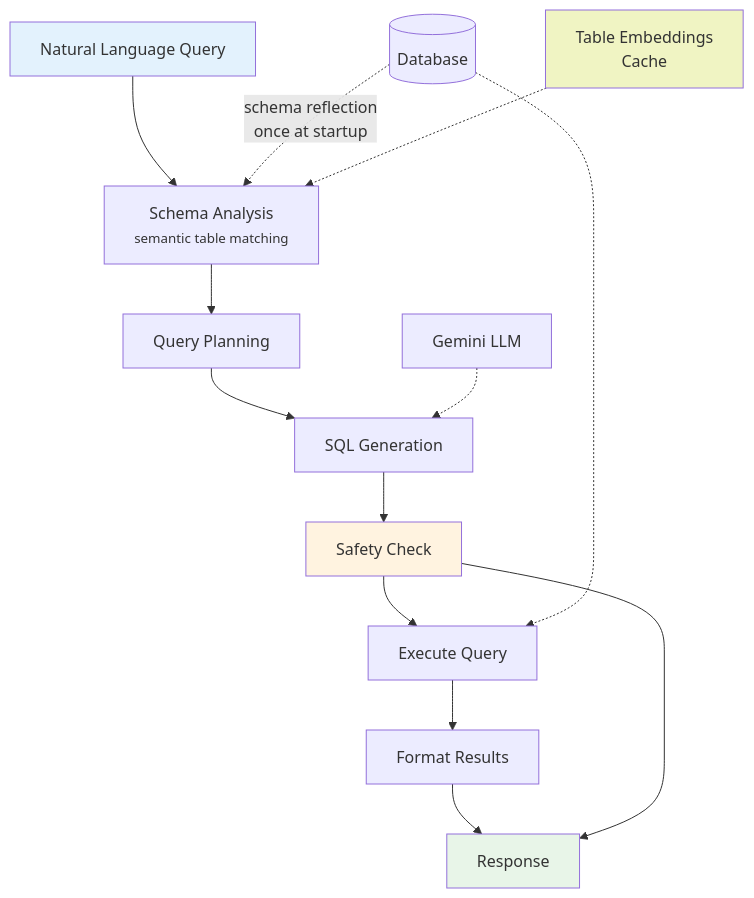
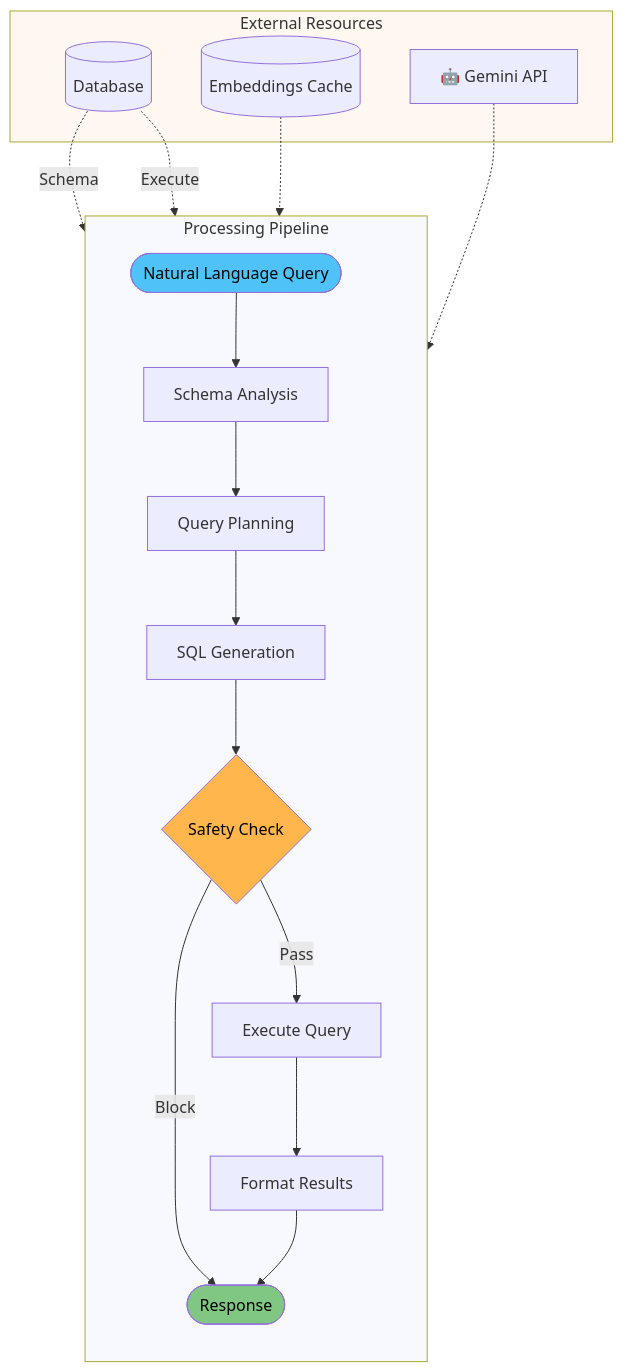
Before and after one commit to keo571/netquery: the diagram in README.md, drawn with Mermaid.

Commit message:
Dramatically improve Mermaid chart design and layout
- Add subgraphs to organize Pipeline vs External Resources clearly
- Use proper node shapes: circles for start/end, diamond for decisions, cylinders for data
- Make Safety Check a proper decision node with Pass/Block paths
- Remove cramped text and awkward crossing arrows
- Add professional color scheme with better contrast
- Clean arrow labels without overwhelming detail
- Much better visual hierarchy and readability
- Logical grouping of related components

🤖 Generated with [Claude Code](https://claude.ai/code)

````diff
--- a/README.md
+++ b/README.md
@@ -7,22 +7,31 @@
 ```mermaid
 flowchart TD
-    A[Natural Language Query] --> B[Schema Analysis<br/><small>semantic table matching</small>]
-    B --> C[Query Planning]
-    C --> D[SQL Generation]
-    D --> E[Safety Check]
-    E --> F[Execute Query]
-    F --> G[Format Results]
-    G --> H[Response]
+    subgraph main ["Processing Pipeline"]
+        direction TB
+        A([Natural Language Query]) --> B[Schema Analysis]
+        B --> C[Query Planning] 
+        C --> D[SQL Generation]
+        D --> E{Safety Check}
+        E -->|Pass| F[Execute Query]
+        E -->|Block| H
+        F --> G[Format Results]
+        G --> H([Response])
+    end
     
-    DB[(Database)] -.->|schema reflection<br/>once at startup| B
-    EMB[Table Embeddings<br/>Cache] -.-> B
-    DB -.-> F
-    LLM[Gemini LLM] -.-> D
+    subgraph external ["External Resources"]
+        DB[(Database)]
+        CACHE[(Embeddings Cache)]  
+        LLM[🤖 Gemini API]
+    end
     
-    E --> H
+    DB -.->|Schema| B
+    CACHE -.-> B
+    LLM -.-> D
+    DB -.->|Execute| F
     
-    style A fill:#e3f2fd
-    style H fill:#e8f5e8
-    style E fill:#fff3e0
-    style EMB fill:#f0f4c3
+    style A fill:#4FC3F7,color:#000
+    style H fill:#81C784,color:#000
+    style E fill:#FFB74D,color:#000
+    style main fill:#f8f9ff
+    style external fill:#fff8f0
 ```
````
